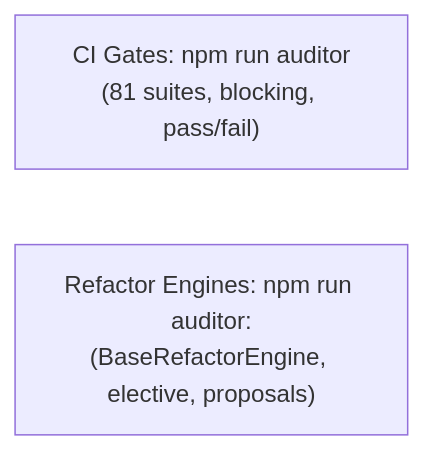
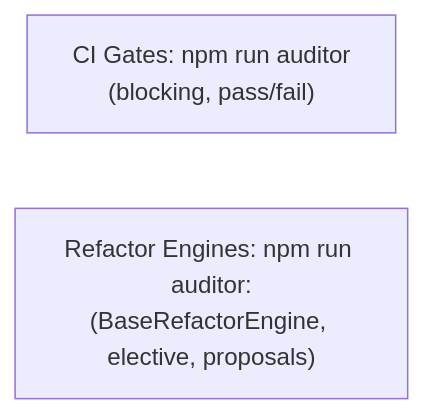
The third of 3 diagrams in .agents/skills/auditor/SKILL.md (francogp/auditor), drawn with Mermaid before and after one commit. The commit also changed other lines of this file and 101 other files, not shown here.

First line of the commit message:
fix: modernize owned agent skills, DOX hierarchy, and CLI execution flows (v10.12.5)

````diff
--- a/.agents/skills/auditor/SKILL.md
+++ b/.agents/skills/auditor/SKILL.md
@@ -410,5 +412,5 @@
 ```mermaid
 flowchart LR
-    A["CI Gates: npm run auditor<br/>(81 suites, blocking, pass/fail)"]
+    A["CI Gates: npm run auditor<br/>(blocking, pass/fail)"]
     B["Refactor Engines: npm run auditor:<tool><br/>(BaseRefactorEngine, elective, proposals)"]
 ```
````
